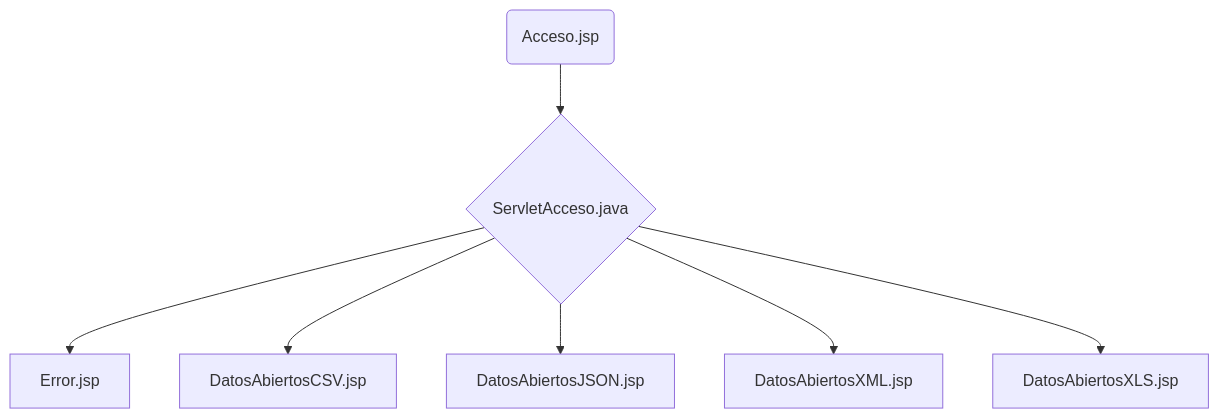
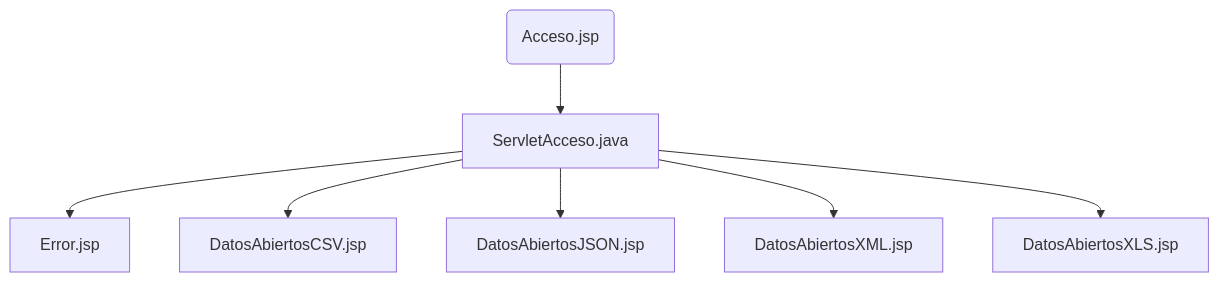
The diagram in README.md (565059/AD-Manejo-de-Ficheros), drawn with Mermaid before and after one commit.

````diff
--- a/README.md
+++ b/README.md
@@ -5,9 +5,9 @@
 ```mermaid
 graph
-A(Acceso.jsp) --> B{ServletAcceso.java}
+A(Acceso.jsp) --> B[ServletAcceso.java]
 B --> C[Error.jsp]
 B --> D[DatosAbiertosCSV.jsp]
 B --> E[DatosAbiertosJSON.jsp]
 B --> F[DatosAbiertosXML.jsp]
 B --> G[DatosAbiertosXLS.jsp]
 ```
````
